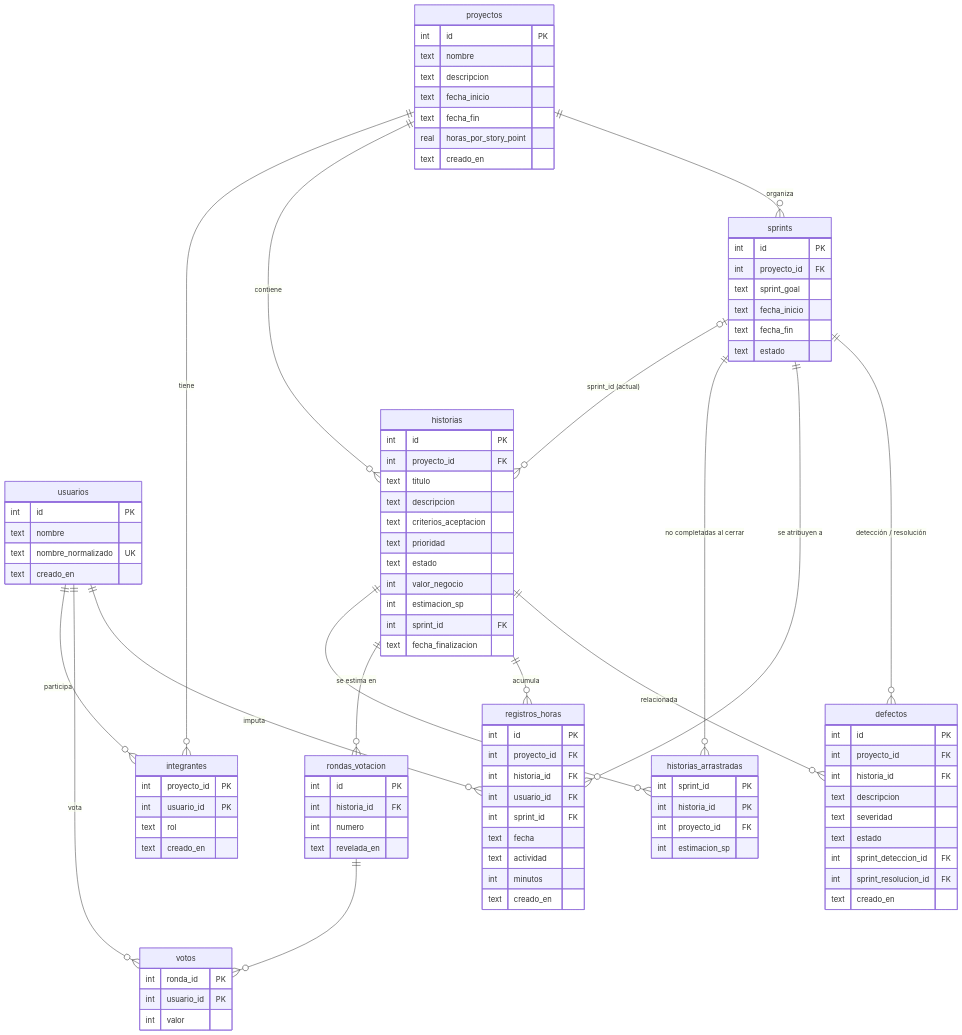
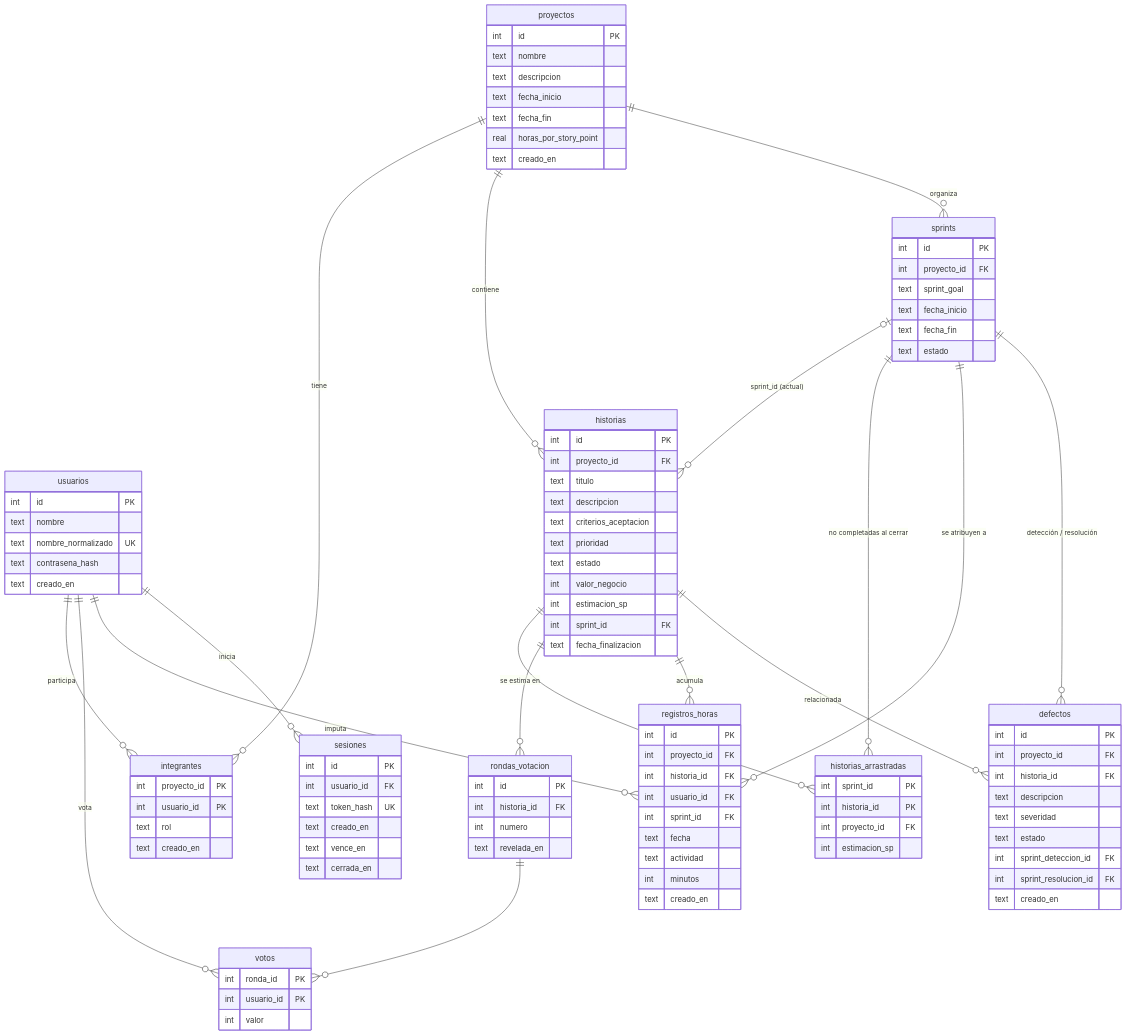
One commit to MoyaCarlos/seguimiento-medicion changed the diagram in MODELO-DE-DATOS.md. Above: the diagram before and after it, drawn with Mermaid. The commit also changed other lines of this file, not shown here.

````diff
--- a/MODELO-DE-DATOS.md
+++ b/MODELO-DE-DATOS.md
@@ -70,6 +70,7 @@
     sprints   ||--o{ registros_horas : "se atribuyen a"
     historias ||--o{ defectos : "relacionada"
     sprints   ||--o{ defectos : "detección / resolución"
+    usuarios  ||--o{ sesiones : "inicia"
 
     proyectos {
         int id PK
@@ -84,6 +85,7 @@
         int id PK
         text nombre
         text nombre_normalizado UK
+        text contrasena_hash
         text creado_en
     }
     integrantes {
@@ -152,4 +154,12 @@
         int sprint_resolucion_id FK
         text creado_en
     }
+    sesiones {
+        int id PK
+        int usuario_id FK
+        text token_hash UK
+        text creado_en
+        text vence_en
+        text cerrada_en
+    }
 ```
````
